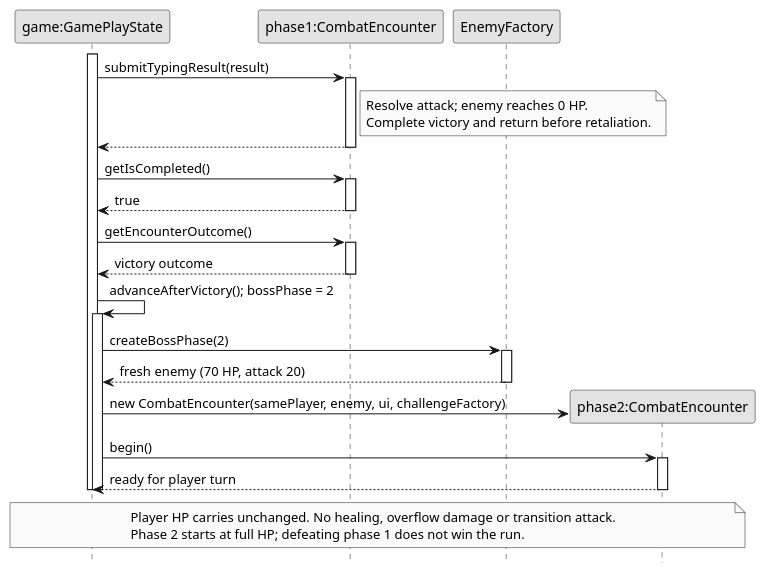
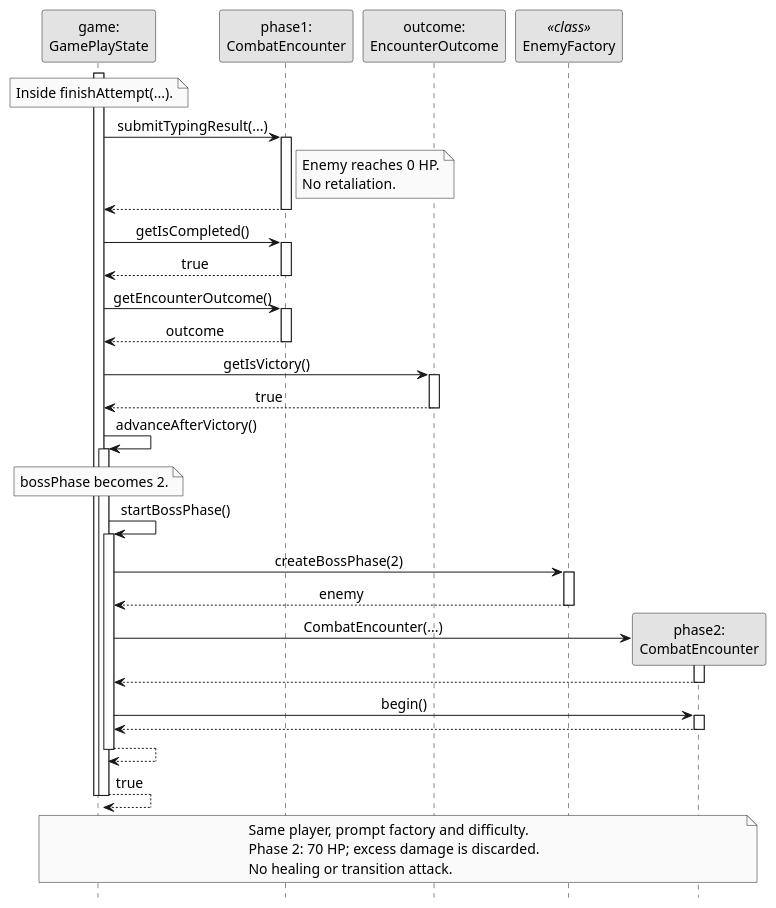
Before and after one commit to AY2627S1-CS2113-W12-4/tp: the diagram in docs/diagrams/boss-phase-transition.puml, drawn with PlantUML. The commit also changed 25 other files, not shown here.

```diff
--- a/docs/diagrams/boss-phase-transition.puml
+++ b/docs/diagrams/boss-phase-transition.puml
@@ -1,44 +1,60 @@
 @startuml
-' Focus: a lethal attack against boss phase 1. Nonlethal and defeat paths are omitted.
+' Scope: boss phase 1 is defeated; evaluation, UI and persistence calls are omitted.
 hide footbox
 skinparam monochrome true
+skinparam defaultFontName Arial
+skinparam backgroundColor white
 skinparam shadowing false
-participant "game:GamePlayState" as game
-participant "phase1:CombatEncounter" as phase1
-participant "EnemyFactory" as factory
+skinparam defaultFontSize 14
+skinparam sequenceMessageAlign center
+participant "game:\nGamePlayState" as game
+participant "phase1:\nCombatEncounter" as phase1
+participant "outcome:\nEncounterOutcome" as outcome
+participant "EnemyFactory" as factory <<class>>
+
 activate game
-game -> phase1 : submitTypingResult(result)
+note over game : Inside finishAttempt(...).
+game -> phase1 : submitTypingResult(...)
 activate phase1
 note right of phase1
-  Resolve attack; enemy reaches 0 HP.
-  Complete victory and return before retaliation.
+  Enemy reaches 0 HP.
+  No retaliation.
 end note
-phase1 --> game
-deactivate phase1
+return
+
 game -> phase1 : getIsCompleted()
 activate phase1
-phase1 --> game : true
-deactivate phase1
+return true
 game -> phase1 : getEncounterOutcome()
 activate phase1
-phase1 --> game : victory outcome
-deactivate phase1
-game -> game : advanceAfterVictory(); bossPhase = 2
+return outcome
+game -> outcome : getIsVictory()
+activate outcome
+return true
+
+game -> game : advanceAfterVictory()
+activate game
+note over game : bossPhase becomes 2.
+game -> game : startBossPhase()
 activate game
 game -> factory : createBossPhase(2)
 activate factory
-factory --> game : fresh enemy (70 HP, attack 20)
-deactivate factory
-create participant "phase2:CombatEncounter" as phase2
-game -> phase2 : new CombatEncounter(samePlayer, enemy, ui, challengeFactory)
+return enemy
+
+create participant "phase2:\nCombatEncounter" as phase2
+game -> phase2 : CombatEncounter(...)
+activate phase2
+return
 game -> phase2 : begin()
 activate phase2
-phase2 --> game : ready for player turn
-deactivate phase2
-deactivate game
+return
+return
+return true
+
 note over game, phase2
-  Player HP carries unchanged. No healing, overflow damage or transition attack.
-  Phase 2 starts at full HP; defeating phase 1 does not win the run.
+  Same player, prompt factory and difficulty.
+  Phase 2: 70 HP; excess damage is discarded.
+  No healing or transition attack.
 end note
 deactivate game
 @enduml
```
